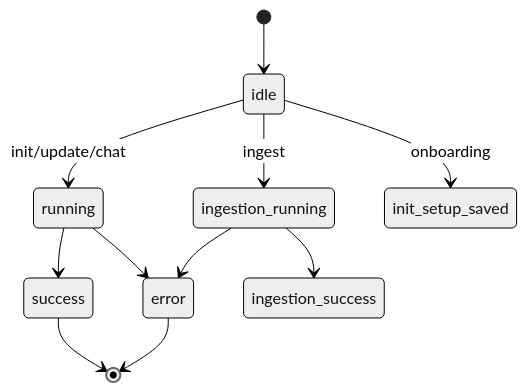
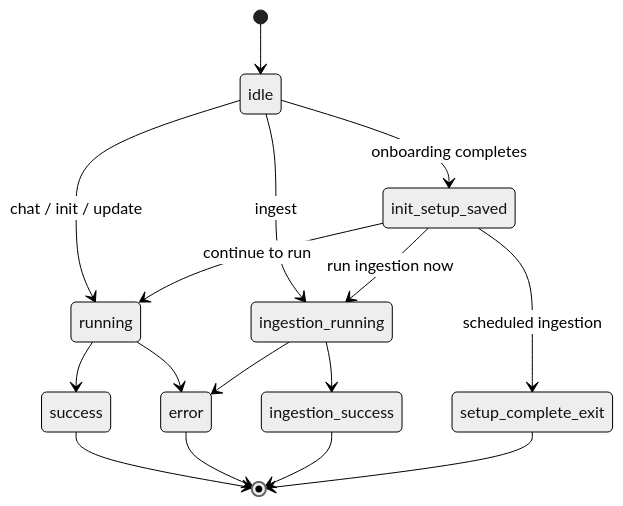
The diagram in openwiki/cli/tui.md (langchain-ai/openwiki), drawn with Mermaid (neutral theme) before and after one commit. The commit also changed other lines of this file and 68 other files, not shown here.

````diff
--- a/openwiki/cli/tui.md
+++ b/openwiki/cli/tui.md
@@ -37,13 +43,18 @@
 ```mermaid
 stateDiagram-v2
     [*] --> idle
-    idle --> running: init/update/chat
+    idle --> running: chat / init / update
     idle --> ingestion_running: ingest
-    idle --> init_setup_saved: onboarding
+    idle --> init_setup_saved: onboarding completes
+    init_setup_saved --> running: continue to run
+    init_setup_saved --> ingestion_running: run ingestion now
+    init_setup_saved --> setup_complete_exit: scheduled ingestion
     running --> success
     running --> error
     ingestion_running --> ingestion_success
     ingestion_running --> error
     success --> [*]
     error --> [*]
+    ingestion_success --> [*]
+    setup_complete_exit --> [*]
 ```
````
